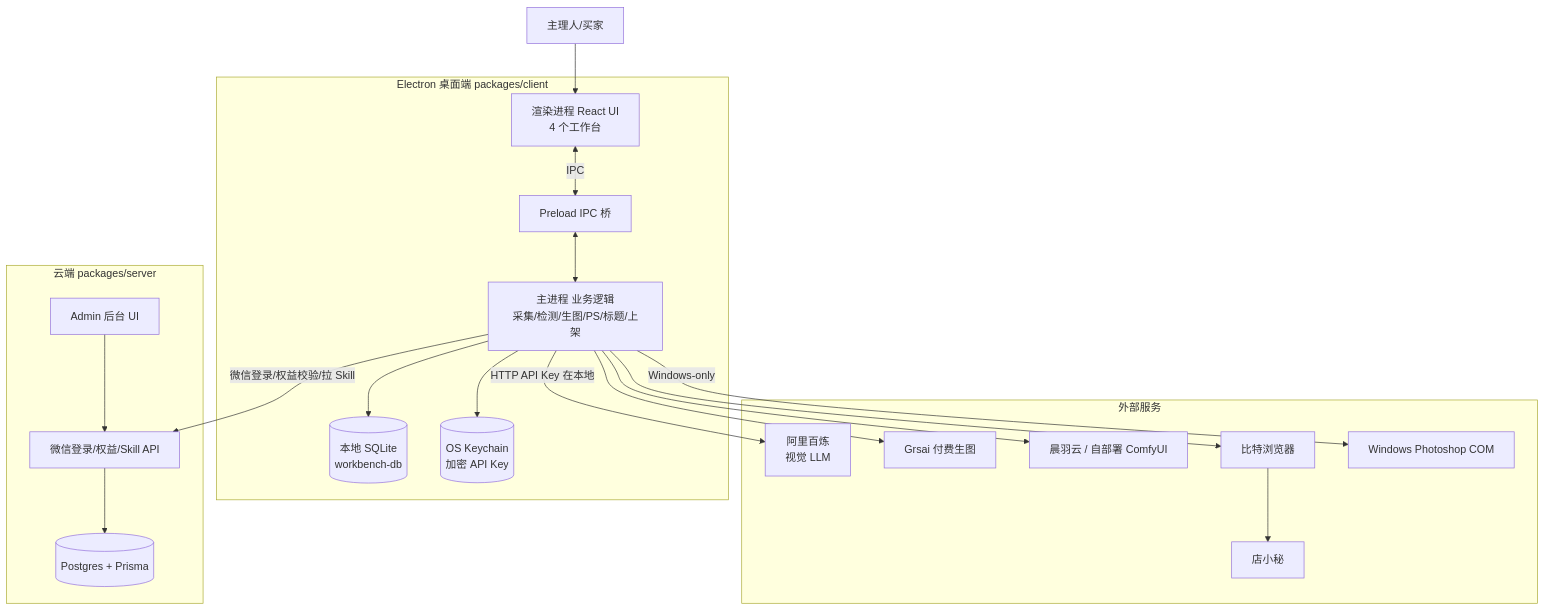
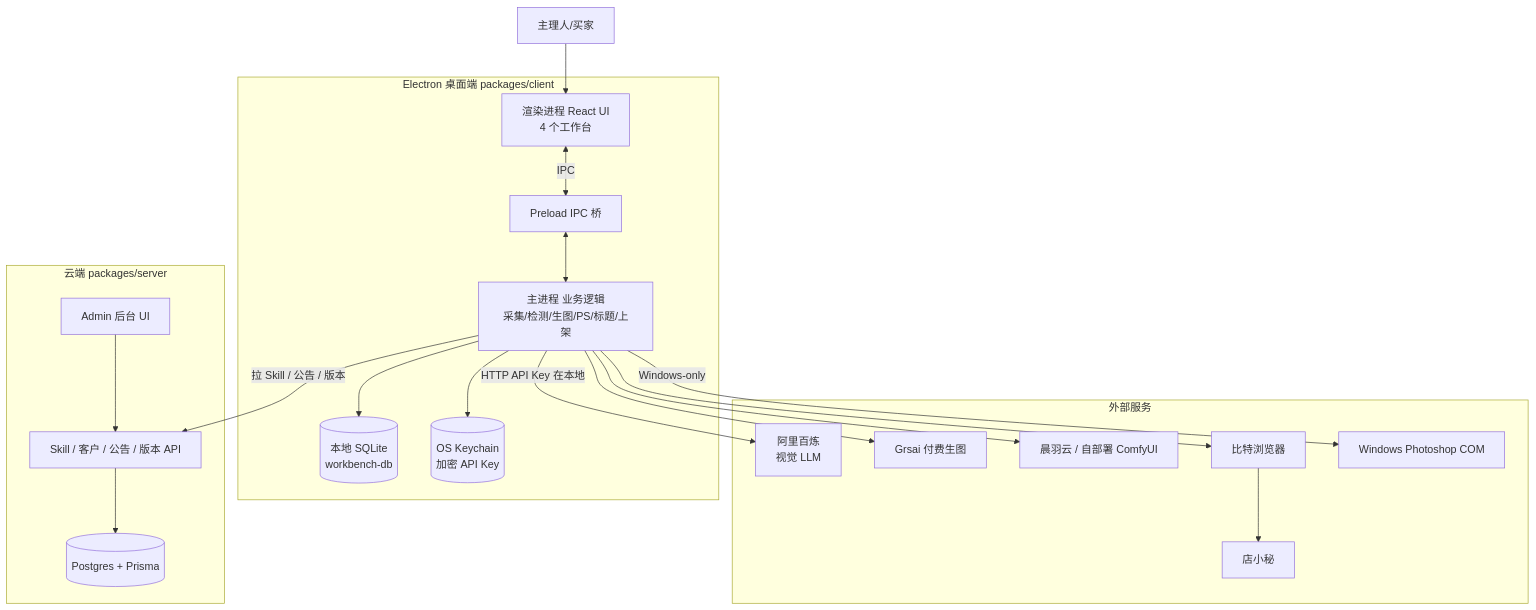
The first of 4 diagrams in docs/PROJECT_TOUR.md (axgiroud312-byte/tengyu-aipod), drawn with Mermaid before and after one commit. The commit also changed other lines of this file and 71 other files, not shown here.

````diff
--- a/docs/PROJECT_TOUR.md
+++ b/docs/PROJECT_TOUR.md
@@ -38,38 +38,38 @@
 ```mermaid
 graph TB
     User[主理人/买家]
     subgraph Desktop[Electron 桌面端 packages/client]
         Renderer[渲染进程 React UI<br/>4 个工作台]
         Main[主进程 业务逻辑<br/>采集/检测/生图/PS/标题/上架]
         Preload[Preload IPC 桥]
         DB[(本地 SQLite<br/>workbench-db)]
         Keychain[(OS Keychain<br/>加密 API Key)]
     end
     subgraph Cloud[云端 packages/server]
         Admin[Admin 后台 UI]
-        API[微信登录/权益/Skill API]
+        API[Skill / 客户 / 公告 / 版本 API]
         PG[(Postgres + Prisma)]
     end
     subgraph Externals[外部服务]
         Bailian[阿里百炼<br/>视觉 LLM]
         Grsai[Grsai 付费生图]
         Comfy[晨羽云 / 自部署 ComfyUI]
         BitB[比特浏览器]
         PS[Windows Photoshop COM]
         Dianxiaomi[店小秘]
     end
 
     User --> Renderer
     Renderer <-->|IPC| Preload <--> Main
     Main --> DB
     Main --> Keychain
-    Main -->|微信登录/权益校验/拉 Skill| API
+    Main -->|拉 Skill / 公告 / 版本| API
     Main -->|HTTP API Key 在本地| Bailian
     Main --> Grsai
     Main --> Comfy
     Main --> BitB
     BitB --> Dianxiaomi
     Main -->|Windows-only| PS
     Admin --> API
     API --> PG
 ```
````
